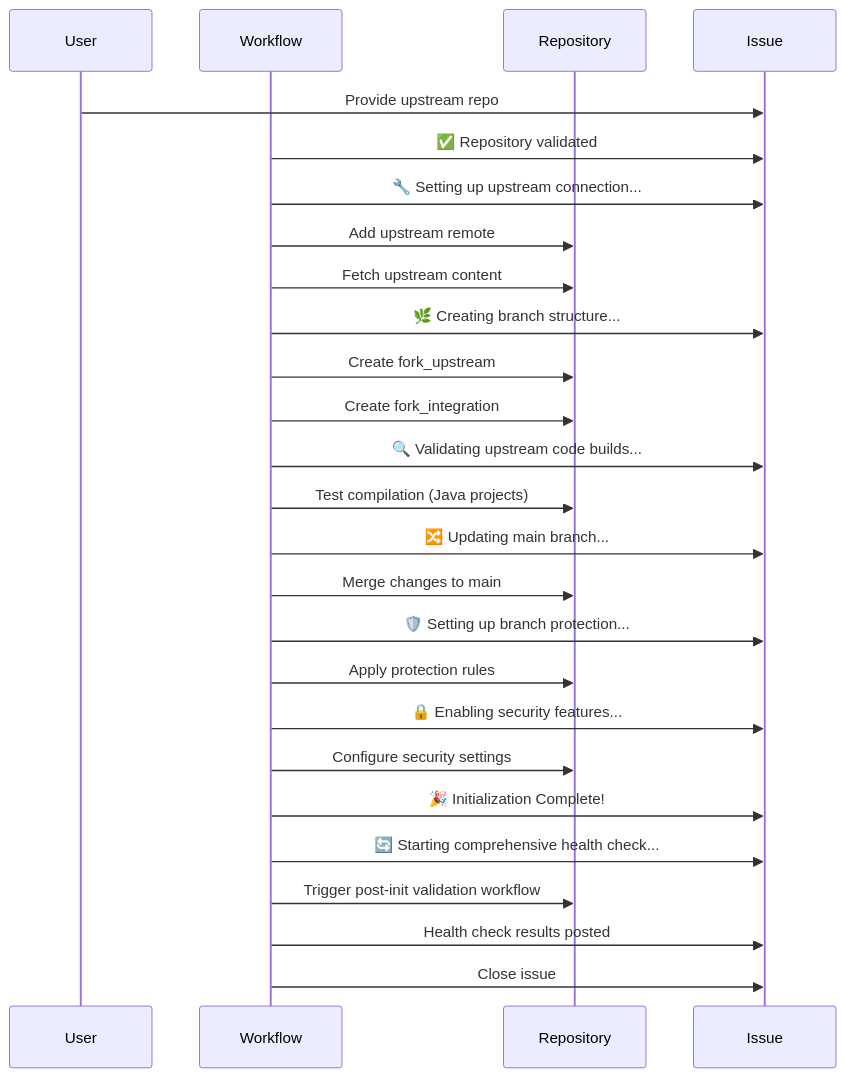
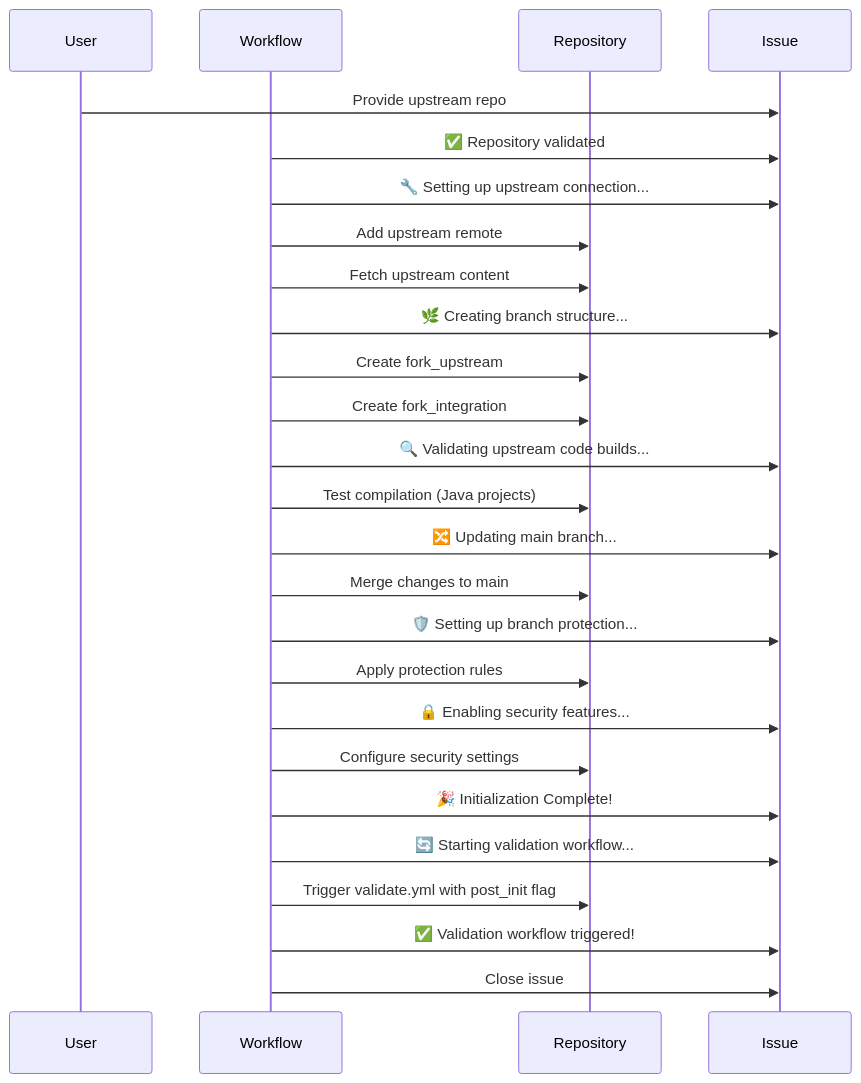
One commit to danielscholl-osdu/osdu-fork-template changed the third of 3 diagrams in doc/init-workflow.md. Above: the diagram before and after it, drawn with Mermaid. The commit also changed other lines of this file and 3 other files, not shown here.

Commit message:
chore: Validate on init

````diff
--- a/doc/init-workflow.md
+++ b/doc/init-workflow.md
@@ -139,29 +139,29 @@
 ```mermaid
 sequenceDiagram
     participant U as User
     participant W as Workflow
     participant R as Repository
     participant I as Issue
 
     U->>I: Provide upstream repo
     W->>I: ✅ Repository validated
     W->>I: 🔧 Setting up upstream connection...
     W->>R: Add upstream remote
     W->>R: Fetch upstream content
     W->>I: 🌿 Creating branch structure...
     W->>R: Create fork_upstream
     W->>R: Create fork_integration
     W->>I: 🔍 Validating upstream code builds...
     W->>R: Test compilation (Java projects)
     W->>I: 🔀 Updating main branch...
     W->>R: Merge changes to main
     W->>I: 🛡️ Setting up branch protection...
     W->>R: Apply protection rules
     W->>I: 🔒 Enabling security features...
     W->>R: Configure security settings
     W->>I: 🎉 Initialization Complete!
-    W->>I: 🔄 Starting comprehensive health check...
-    W->>R: Trigger post-init validation workflow
-    W->>I: Health check results posted
+    W->>I: 🔄 Starting validation workflow...
+    W->>R: Trigger validate.yml with post_init flag
+    W->>I: ✅ Validation workflow triggered!
     W->>I: Close issue
 ```
````
